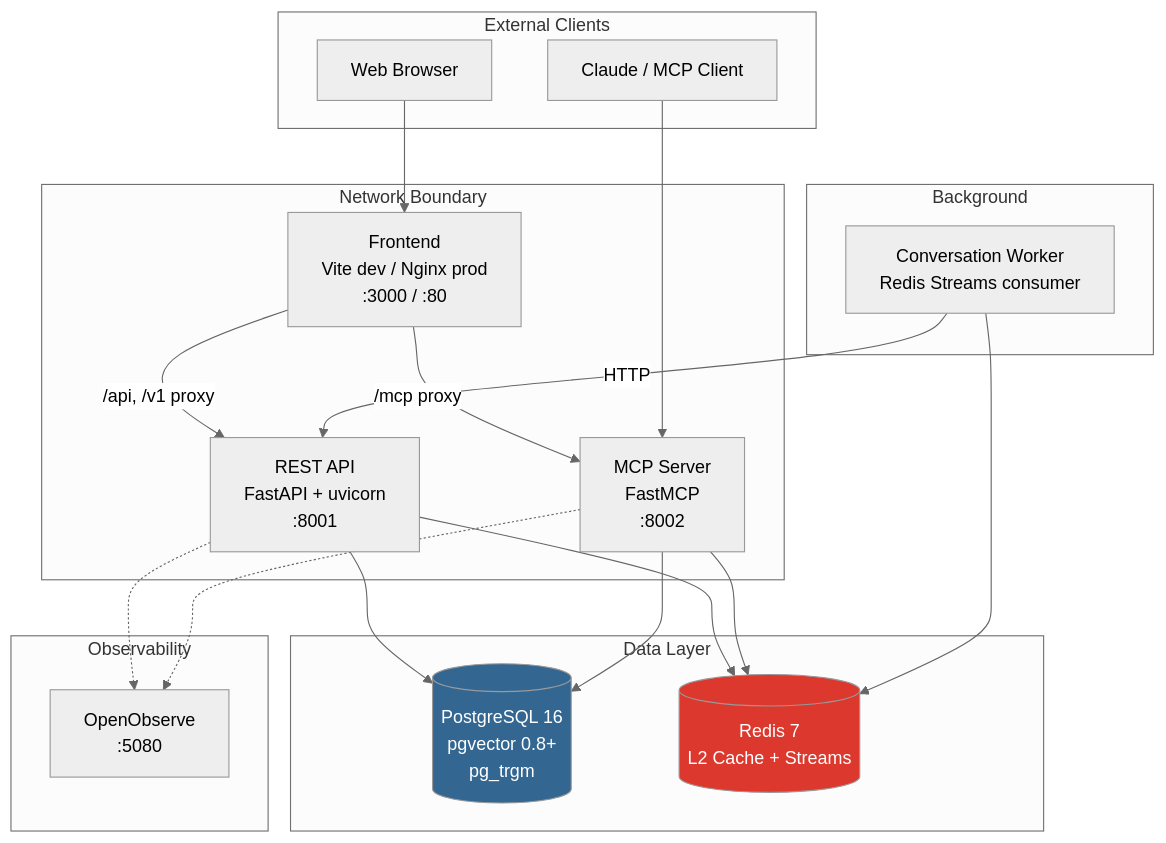
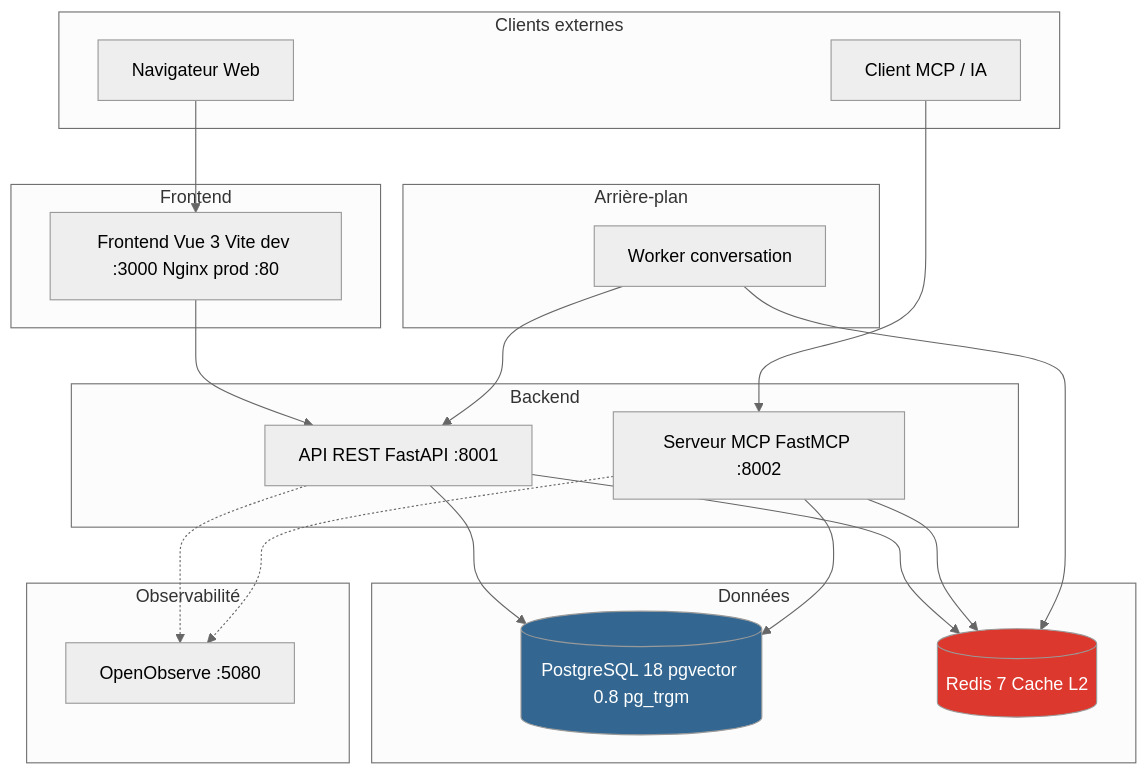
The first of 10 diagrams in docs/ARCHITECTURE.md (giak/mnemo-lite), drawn with Mermaid (neutral theme) before and after one commit. The commit also changed other lines of this file and 1 other file, not shown here.

First line of the commit message:
docs: réécrire architecture en français avec diagrammes Mermaid valides

````diff
--- a/docs/ARCHITECTURE.md
+++ b/docs/ARCHITECTURE.md
@@ -9,44 +9,44 @@
 ```mermaid
 graph TB
-    subgraph "External Clients"
-        Browser[Web Browser]
-        Claude[Claude / MCP Client]
+    subgraph "Clients externes"
+        Browser[Navigateur Web]
+        Claude[Client MCP / IA]
     end
 
-    subgraph "Network Boundary"
-        Frontend[Frontend<br/>Vite dev / Nginx prod<br/>:3000 / :80]
-        API[REST API<br/>FastAPI + uvicorn<br/>:8001]
-        MCP[MCP Server<br/>FastMCP<br/>:8002]
+    subgraph "Frontend"
+        FE[Frontend Vue 3 Vite dev :3000 Nginx prod :80]
     end
 
-    subgraph "Data Layer"
-        PG[(PostgreSQL 16<br/>pgvector 0.8+<br/>pg_trgm)]
-        Redis[(Redis 7<br/>L2 Cache + Streams)]
+    subgraph "Backend"
+        API[API REST FastAPI :8001]
+        MCP[Serveur MCP FastMCP :8002]
     end
 
-    subgraph "Background"
-        Worker[Conversation Worker<br/>Redis Streams consumer]
+    subgraph "Données"
+        PG[(PostgreSQL 18 pgvector 0.8 pg_trgm)]
+        Redis[(Redis 7 Cache L2)]
     end
 
-    subgraph "Observability"
-        OObserve[OpenObserve<br/>:5080]
+    subgraph "Arrière-plan"
+        Worker[Worker conversation]
     end
 
-    Browser --> Frontend
-    Frontend -->|/api, /v1 proxy| API
-    Frontend -->|/mcp proxy| MCP
+    subgraph "Observabilité"
+        OObserve[OpenObserve :5080]
+    end
+
+    Browser --> FE
+    FE --> API
     Claude --> MCP
-
     API --> PG
     API --> Redis
     MCP --> PG
     MCP --> Redis
     Worker --> Redis
-    Worker -->|HTTP| API
-
+    Worker --> API
     API -.-> OObserve
     MCP -.-> OObserve
 
     style PG fill:#336791,color:#fff
     style Redis fill:#DC382D,color:#fff
 ```
````
